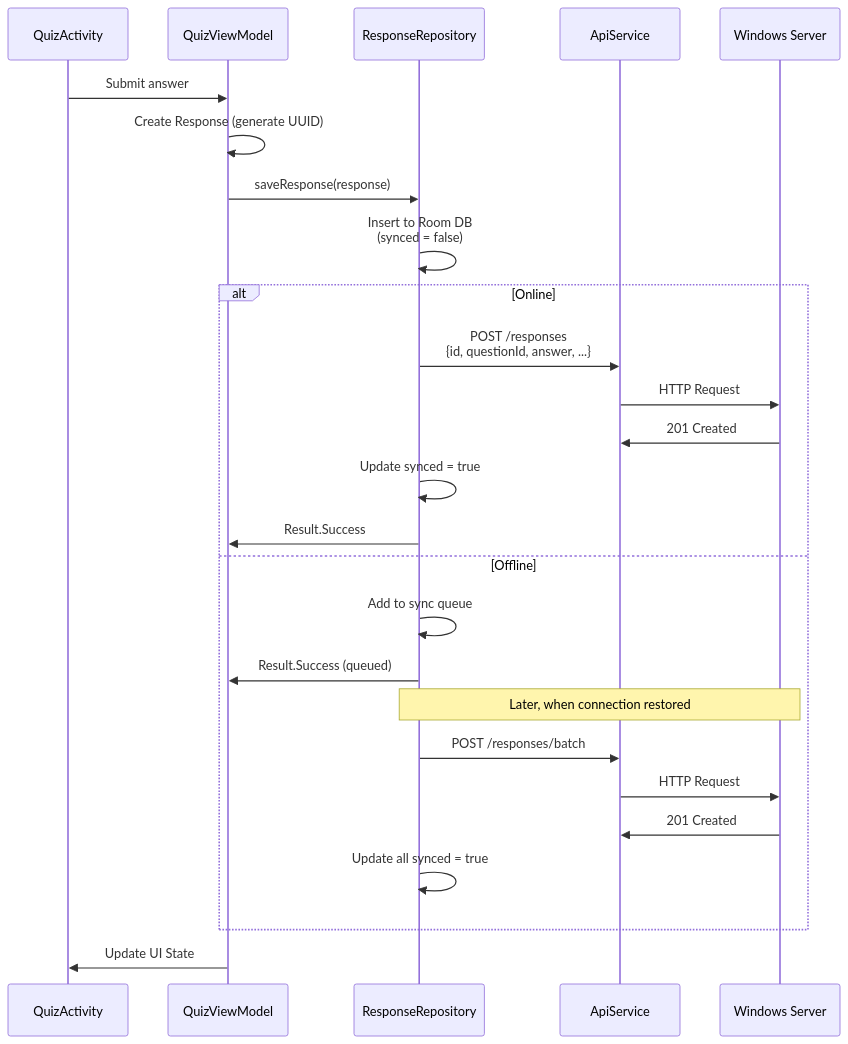
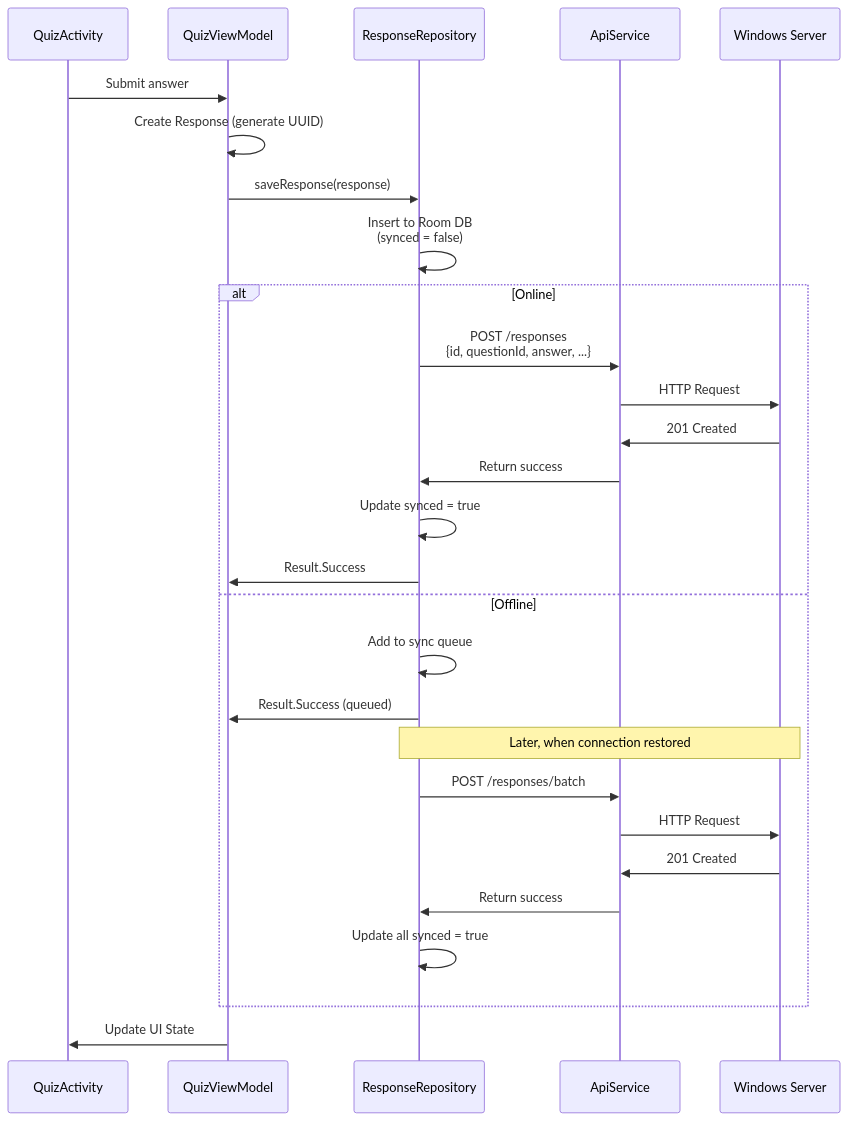
One commit to raphaellith/Manuscripta changed the sixth of 15 diagrams in docs/Android System Design.md. Above: the diagram before and after it, drawn with Mermaid.

Commit message:
docs: Add explicit success return from HTTP to Response Repository in response sync flows.

````diff
--- a/docs/Android System Design.md
+++ b/docs/Android System Design.md
@@ -383,33 +383,35 @@
 ```mermaid
 sequenceDiagram
     participant UI as QuizActivity
     participant VM as QuizViewModel
     participant RR as ResponseRepository
     participant HTTP as ApiService
     participant W as Windows Server
     
     UI->>VM: Submit answer
     VM->>VM: Create Response (generate UUID)
     VM->>RR: saveResponse(response)
     
     RR->>RR: Insert to Room DB<br/>(synced = false)
     
     alt Online
         RR->>HTTP: POST /responses<br/>{id, questionId, answer, ...}
         HTTP->>W: HTTP Request
         W->>HTTP: 201 Created
+        HTTP->>RR: Return success
         RR->>RR: Update synced = true
         RR->>VM: Result.Success
     else Offline
         RR->>RR: Add to sync queue
         RR->>VM: Result.Success (queued)
         
         Note over RR,W: Later, when connection restored
         RR->>HTTP: POST /responses/batch
         HTTP->>W: HTTP Request
         W->>HTTP: 201 Created
+        HTTP->>RR: Return success
         RR->>RR: Update all synced = true
     end
     
     VM->>UI: Update UI State
 ```
````
